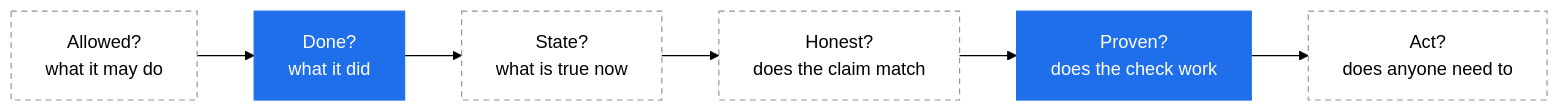
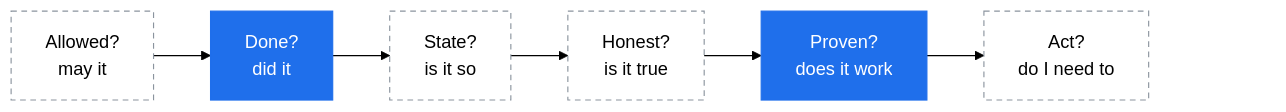
The diagram in README.md (Balistid/balistid-blue), drawn with Mermaid (forest theme) before and after one commit. The commit also changed other lines of this file, not shown here.

Commit message:
docs(readme): keep the diagram clear of GitHub's controls
GitHub draws its zoom controls over the right end of a diagram, so an empty
last node takes that place, and shorter labels leave the boxes larger. The
line under the title is shorter too.

Agent: claude/opus-5.5

````diff
--- a/README.md
+++ b/README.md
@@ -20,9 +20,8 @@
 ```mermaid
 flowchart LR
-  A["Allowed?<br/>what it may do"] --> B["Done?<br/>what it did"] --> C["State?<br/>what is true now"]
-  C --> D["Honest?<br/>does the claim match"] --> E["Proven?<br/>does the check work"] --> F["Act?<br/>does anyone need to"]
+  A["Allowed?<br/>may it"]:::plan --> B["Done?<br/>did it"]:::now --> C["State?<br/>is it so"]:::plan --> D["Honest?<br/>is it true"]:::plan
+  D --> E["Proven?<br/>does it work"]:::now --> F["Act?<br/>do I need to"]:::plan ~~~ G[" "]:::none
+  classDef none fill:transparent,stroke:transparent,color:transparent
   classDef now fill:#1f6feb,stroke:#1f6feb,color:#ffffff
   classDef plan fill:transparent,stroke:#8b949e,stroke-dasharray:5 4
-  class B,E now
-  class A,C,D,F plan
 ```
````
